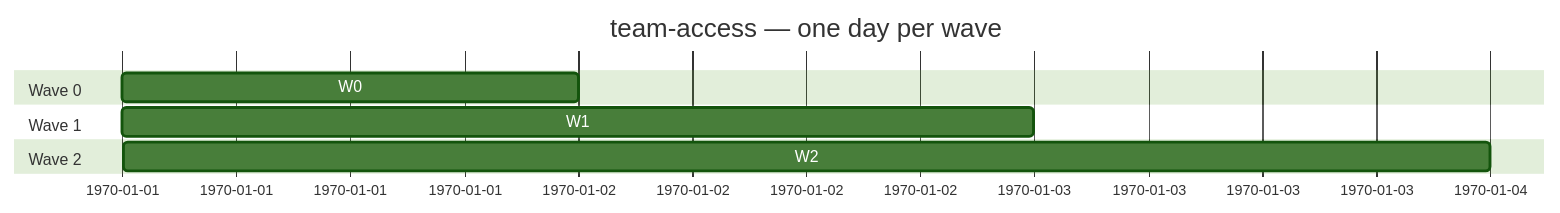
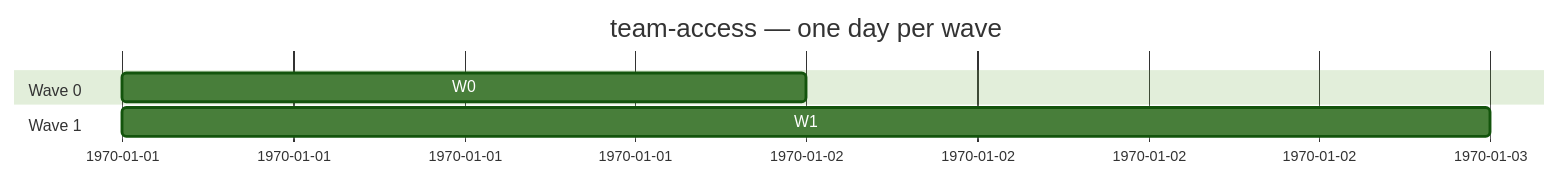
One commit to bugscoderlab/open-notebook changed the second of 2 diagrams in docs/7-DEVELOPMENT/team-access/schedule.md. Above: the diagram before and after it, drawn with Mermaid (forest theme). The commit also changed other lines of this file, not shown here.

````diff
--- a/docs/7-DEVELOPMENT/team-access/schedule.md
+++ b/docs/7-DEVELOPMENT/team-access/schedule.md
@@ -48,11 +45,9 @@
 ```mermaid
 gantt
   title team-access — one day per wave
   dateFormat X
   section Wave 0
   W0 :0, 86400
   section Wave 1
   W1 :86400, 172800
-  section Wave 2
-  W2 :172800, 259200
 ```
````
